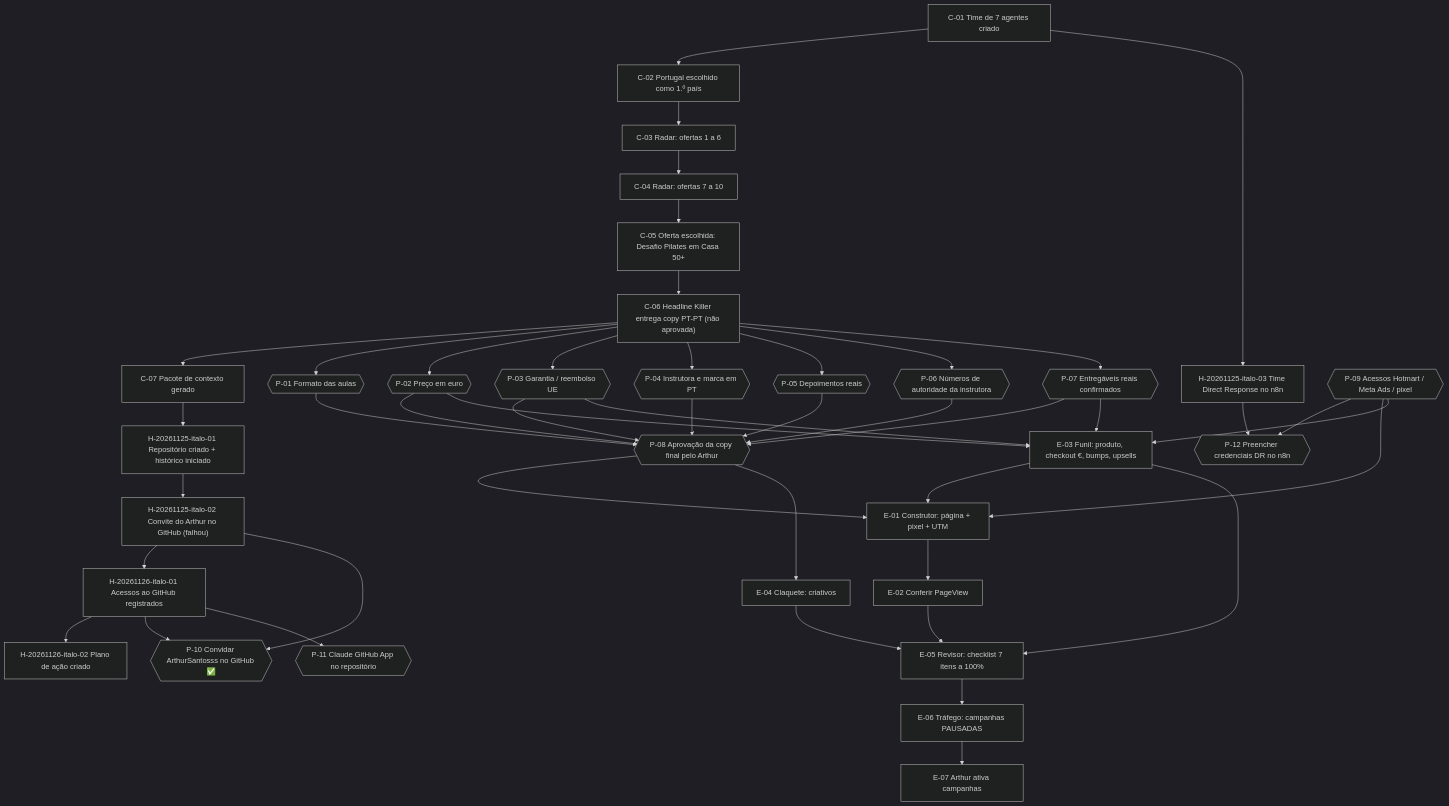
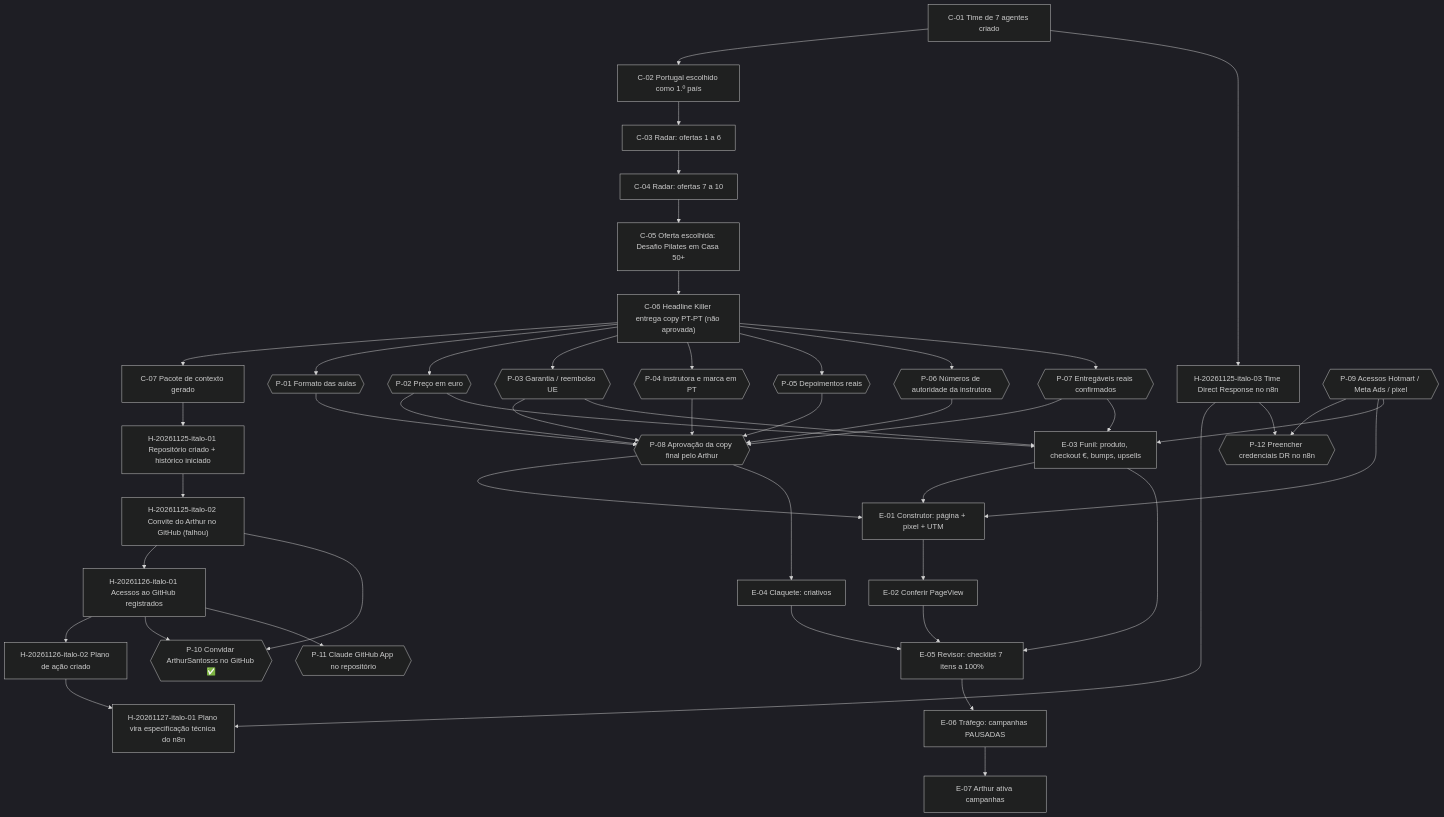
One commit to italoxdemelo/direct-response changed the diagram in historico/MAPA-DEPENDENCIAS.md. Above: the diagram before and after it, drawn with Mermaid (dark theme). The commit also changed other lines of this file, not shown here.

Commit message:
H-20261127-italo-01: atualizar mapa com a nova versão do plano
Claude-Session: https://claude.ai/code/session_01J5UiY2Xj2NYG7u3XtYhuLL

````diff
--- a/historico/MAPA-DEPENDENCIAS.md
+++ b/historico/MAPA-DEPENDENCIAS.md
@@ -20,63 +20,65 @@
 ```mermaid
 flowchart TD
   %% Contexto original (25/11/2026, antes do repositório)
   C01["C-01 Time de 7 agentes criado"]
   C02["C-02 Portugal escolhido como 1.º país"]
   C03["C-03 Radar: ofertas 1 a 6"]
   C04["C-04 Radar: ofertas 7 a 10"]
   C05["C-05 Oferta escolhida: Desafio Pilates em Casa 50+"]
   C06["C-06 Headline Killer entrega copy PT-PT (não aprovada)"]
   C07["C-07 Pacote de contexto gerado"]
 
   C01 --> C02 --> C03 --> C04 --> C05 --> C06 --> C07
 
   %% Repositório
   H01["H-20261125-italo-01 Repositório criado + histórico iniciado"]
   C07 --> H01
   H02["H-20261125-italo-02 Convite do Arthur no GitHub (falhou)"]
   H03["H-20261125-italo-03 Time Direct Response no n8n"]
   H04["H-20261126-italo-01 Acessos ao GitHub registrados"]
   H05["H-20261126-italo-02 Plano de ação criado"]
-  H01 --> H02 --> H04 --> H05
+  H06["H-20261127-italo-01 Plano vira especificação técnica do n8n"]
+  H01 --> H02 --> H04 --> H05 --> H06
+  H03 --> H06
   C01 --> H03
 
   %% Pendências abertas
   P01{{"P-01 Formato das aulas"}}
   P02{{"P-02 Preço em euro"}}
   P03{{"P-03 Garantia / reembolso UE"}}
   P04{{"P-04 Instrutora e marca em PT"}}
   P05{{"P-05 Depoimentos reais"}}
   P06{{"P-06 Números de autoridade da instrutora"}}
   P07{{"P-07 Entregáveis reais confirmados"}}
   P08{{"P-08 Aprovação da copy final pelo Arthur"}}
   P09{{"P-09 Acessos Hotmart / Meta Ads / pixel"}}
   P10{{"P-10 Convidar ArthurSantosss no GitHub ✅"}}
   P11{{"P-11 Claude GitHub App no repositório"}}
   P12{{"P-12 Preencher credenciais DR no n8n"}}
   H02 --> P10
   H04 --> P10
   H04 --> P11
   H03 --> P12
   P09 --> P12
 
   C06 --> P01 & P02 & P03 & P04 & P05 & P06 & P07
   P01 & P02 & P03 & P04 & P05 & P06 & P07 --> P08
 
   %% Etapas futuras do fluxo
   E01["E-01 Construtor: página + pixel + UTM"]
   E02["E-02 Conferir PageView"]
   E03["E-03 Funil: produto, checkout €, bumps, upsells"]
   E04["E-04 Claquete: criativos"]
   E05["E-05 Revisor: checklist 7 itens a 100%"]
   E06["E-06 Tráfego: campanhas PAUSADAS"]
   E07["E-07 Arthur ativa campanhas"]
 
   P08 --> E01
   P09 --> E01
   P02 & P03 & P07 & P09 --> E03
   P08 --> E04
   E01 --> E02
   E03 --> E01
   E02 & E03 & E04 --> E05
   E05 --> E06 --> E07
 ```
````
